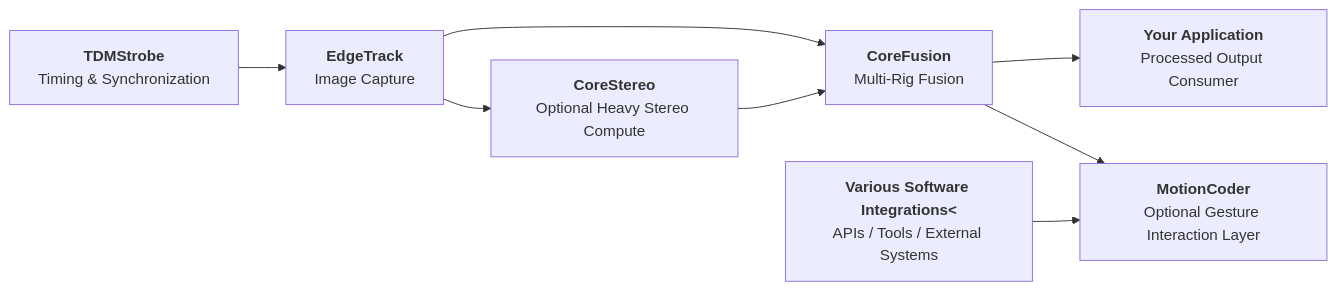
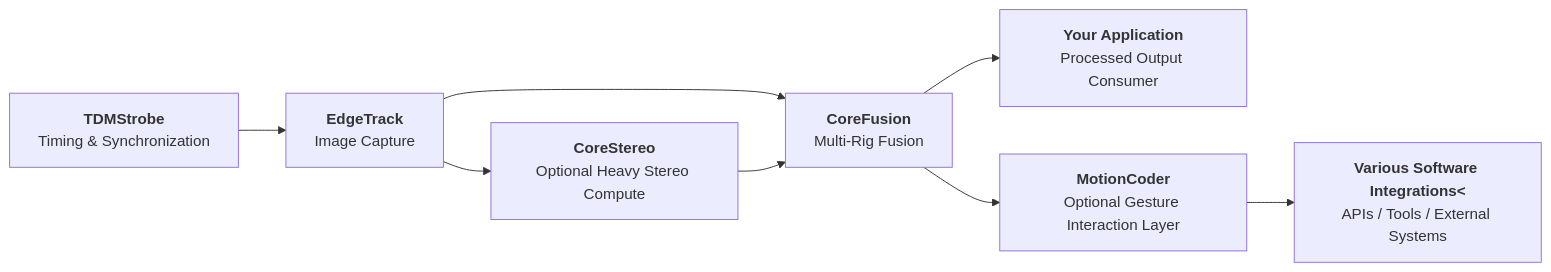
The diagram in README.md (edgetrackorg/overview), drawn with Mermaid before and after one commit.

````diff
--- a/README.md
+++ b/README.md
@@ -46,18 +46,18 @@
 ```mermaid
 flowchart LR
     A[<strong>TDMStrobe</strong><br/>Timing & Synchronization]
     B[<strong>EdgeTrack</strong><br/>Image Capture]
     C[<strong>CoreStereo</strong><br/>Optional Heavy Stereo Compute]
     D[<strong>CoreFusion</strong><br/>Multi-Rig Fusion]
     E[<strong>Your Application</strong><br/>Processed Output Consumer]
     F[<strong>MotionCoder</strong><br/>Optional Gesture Interaction Layer]
     G[<strong>Various Software Integrations<</strong><br/>APIs / Tools / External Systems]
 
     A --> B
     B --> D
     B --> C
     C --> D
     D --> E
     D --> F
-    G --> F
+    F --> G
 ```
````
